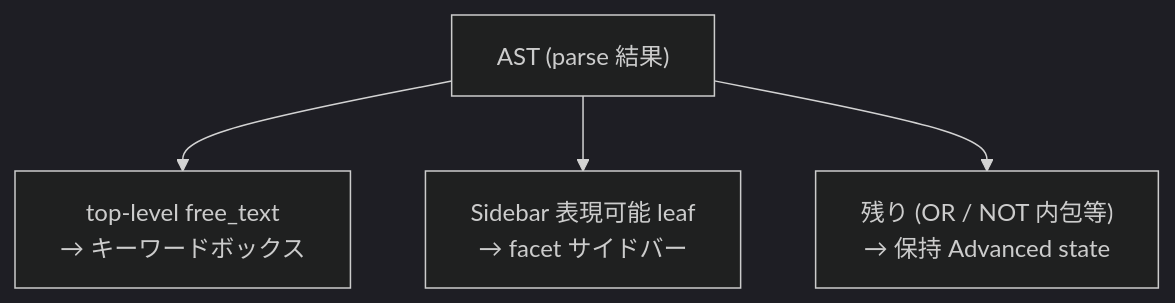
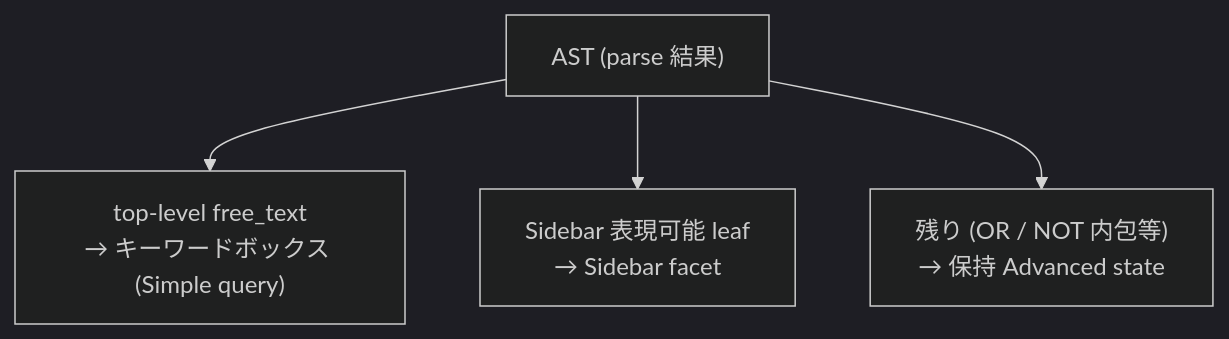
The third of 4 diagrams in docs/search.md (ddbj/db-portal), drawn with Mermaid (dark theme) before and after one commit. The commit also changed other lines of this file and 59 other files, not shown here.

````diff
--- a/docs/search.md
+++ b/docs/search.md
@@ -50,7 +184,7 @@
 ```mermaid
 flowchart TD
   AST["AST (parse 結果)"]
-  AST --> Free["top-level free_text<br/>→ キーワードボックス"]
-  AST --> Facet["Sidebar 表現可能 leaf<br/>→ facet サイドバー"]
+  AST --> Free["top-level free_text<br/>→ キーワードボックス (Simple query)"]
+  AST --> Facet["Sidebar 表現可能 leaf<br/>→ Sidebar facet"]
   AST --> Adv["残り (OR / NOT 内包等)<br/>→ 保持 Advanced state"]
 ```
````
